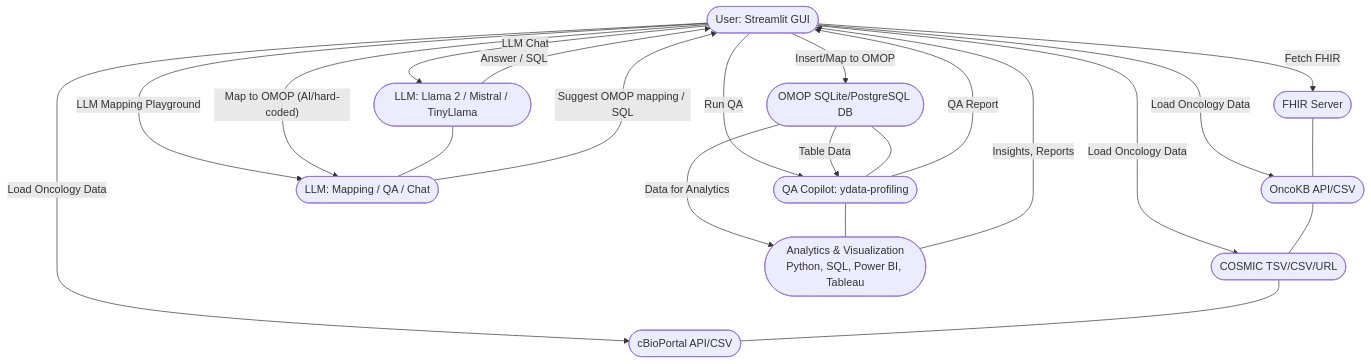
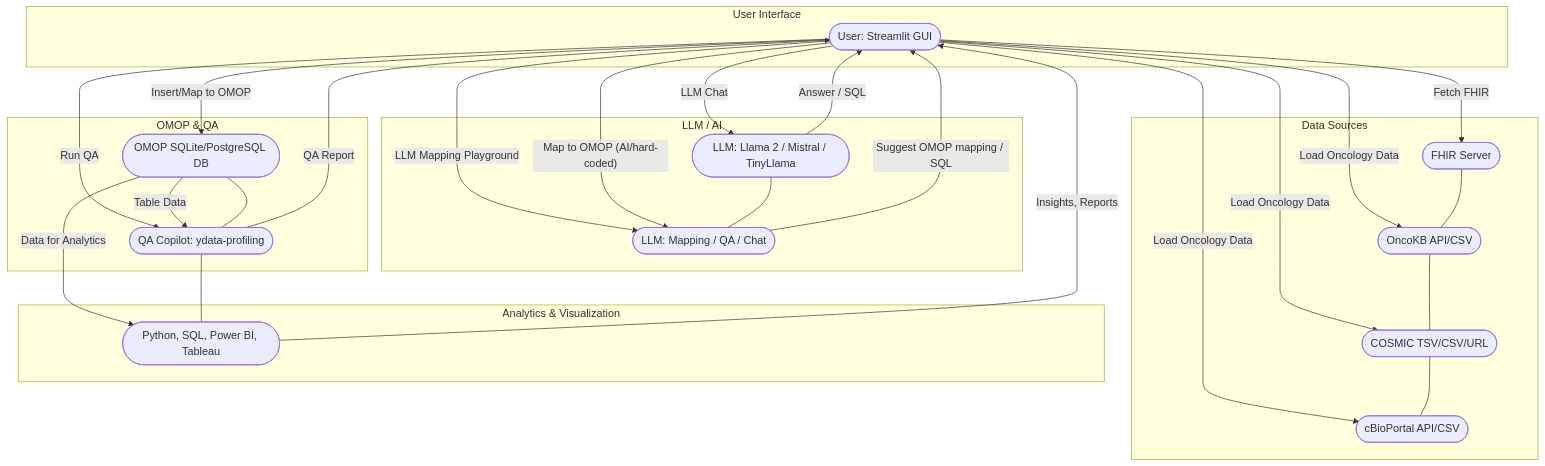
One commit to justin-mbca/fhir_omop_agent changed the second of 2 diagrams in README.md. Above: the diagram before and after it, drawn with Mermaid. The commit also changed other lines of this file, not shown here.

Commit message:
merge into one comprehensive diagram

````diff
--- a/README.md
+++ b/README.md
@@ -80,49 +80,59 @@
 ```mermaid
 flowchart TD
    %% User Interaction
-   U1([User: Streamlit GUI])
+   subgraph USER[User Interface]
+      U1([User: Streamlit GUI])
+   end
 
    %% Data Sources
-   FHIR1([FHIR Server])
-   ONCOKB([OncoKB API/CSV])
-   COSMIC([COSMIC TSV/CSV/URL])
-   CBIO([cBioPortal API/CSV])
+   subgraph SOURCES[Data Sources]
+      FHIR1([FHIR Server])
+      ONCOKB([OncoKB API/CSV])
+      COSMIC([COSMIC TSV/CSV/URL])
+      CBIO([cBioPortal API/CSV])
+   end
 
    %% LLM/AI
-   LLM1([LLM: Llama 2 / Mistral / TinyLlama])
-   LLM2([LLM: Mapping / QA / Chat])
+   subgraph AI[LLM / AI]
+      LLM1([LLM: Llama 2 / Mistral / TinyLlama])
+      LLM2([LLM: Mapping / QA / Chat])
+   end
 
    %% OMOP/DB
-   OMOP1([OMOP SQLite/PostgreSQL DB])
-   QA([QA Copilot: ydata-profiling])
+   subgraph OMOP[OMOP & QA]
+      OMOP1([OMOP SQLite/PostgreSQL DB])
+      QA([QA Copilot: ydata-profiling])
+   end
 
    %% Analytics
-   ANALYTICS([Analytics & Visualization<br>Python, SQL, Power BI, Tableau])
+   subgraph ANALYTICS[Analytics & Visualization]
+      ANALYTICS1([Python, SQL, Power BI, Tableau])
+   end
 
    %% Data Flow
    U1 -- "Fetch FHIR" --> FHIR1
    U1 -- "Load Oncology Data" --> ONCOKB
    U1 -- "Load Oncology Data" --> COSMIC
    U1 -- "Load Oncology Data" --> CBIO
 
    U1 -- "LLM Chat" --> LLM1
    U1 -- "LLM Mapping Playground" --> LLM2
    U1 -- "Map to OMOP (AI/hard-coded)" --> LLM2
 
    LLM2 -- "Suggest OMOP mapping / SQL" --> U1
    LLM1 -- "Answer / SQL" --> U1
 
    U1 -- "Insert/Map to OMOP" --> OMOP1
    U1 -- "Run QA" --> QA
 
    OMOP1 -- "Table Data" --> QA
    QA -- "QA Report" --> U1
 
-   OMOP1 -- "Data for Analytics" --> ANALYTICS
-   ANALYTICS -- "Insights, Reports" --> U1
+   OMOP1 -- "Data for Analytics" --> ANALYTICS1
+   ANALYTICS1 -- "Insights, Reports" --> U1
 
    %% Layout hints for more spread
    FHIR1 --- ONCOKB --- COSMIC --- CBIO
    LLM1 --- LLM2
-   OMOP1 --- QA --- ANALYTICS
+   OMOP1 --- QA --- ANALYTICS1
 ```
````
